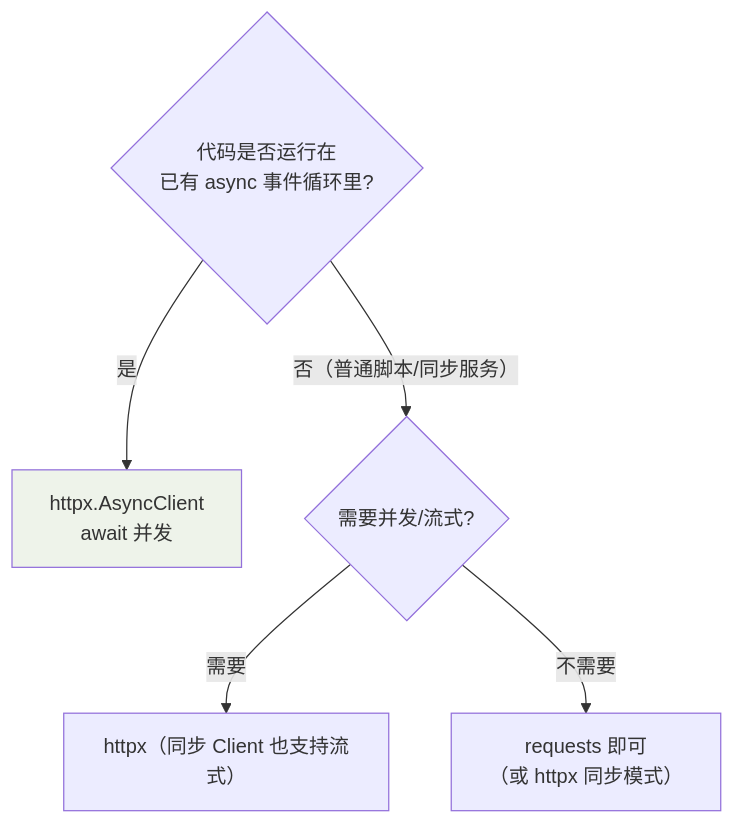
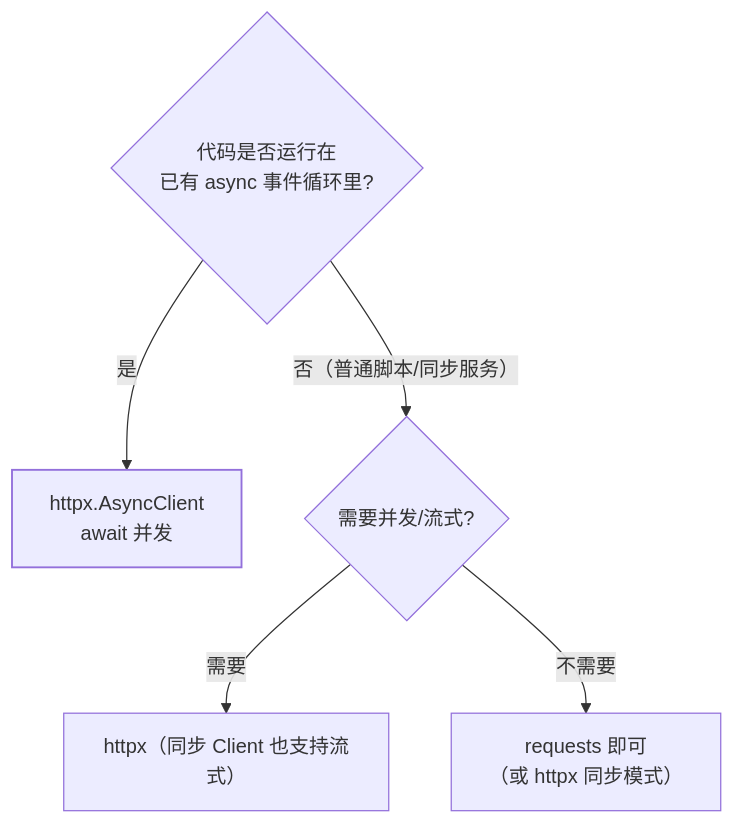
The second of 2 diagrams in src/content/docs/python/intermediate/libs/01-requests-httpx.md (Loadhao/ascension), drawn with Mermaid before and after one commit. The commit also changed other lines of this file and 87 other files, not shown here.

First line of the commit message:
fix: 全站图表配色改由主题接管，修复暗色主题下浅底浅字看不清

````diff
--- a/src/content/docs/python/intermediate/libs/01-requests-httpx.md
+++ b/src/content/docs/python/intermediate/libs/01-requests-httpx.md
@@ -90,8 +91,9 @@
 ```mermaid
 flowchart TD
     A{"代码是否运行在<br/>已有 async 事件循环里?"} -->|"是"| B["httpx.AsyncClient<br/>await 并发"]
     A -->|"否（普通脚本/同步服务）"| C{"需要并发/流式?"}
     C -->|"需要"| D["httpx（同步 Client 也支持流式）"]
     C -->|"不需要"| E["requests 即可<br/>（或 httpx 同步模式）"]
-    style B fill:#eef3ea
+    class B good
+    classDef good stroke-width:1.5px
 ```
````
